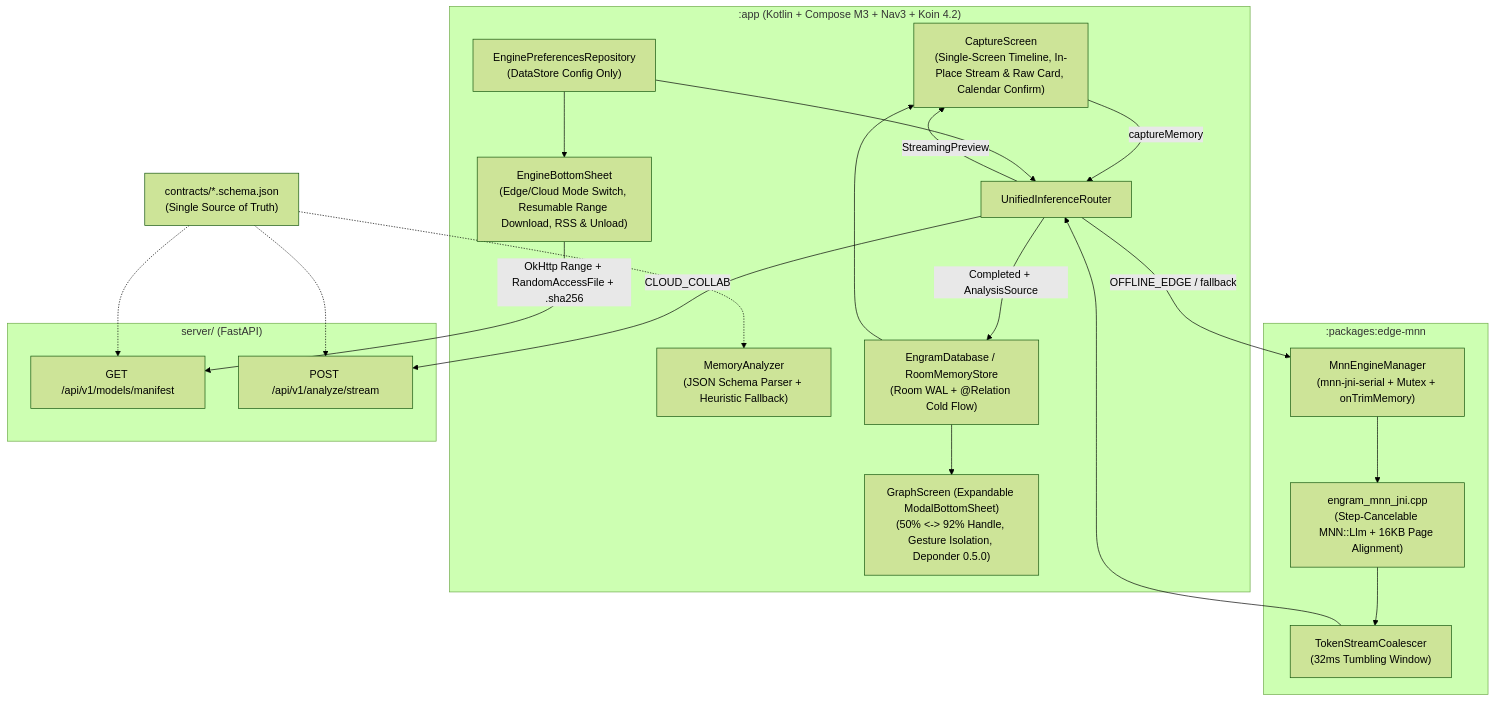
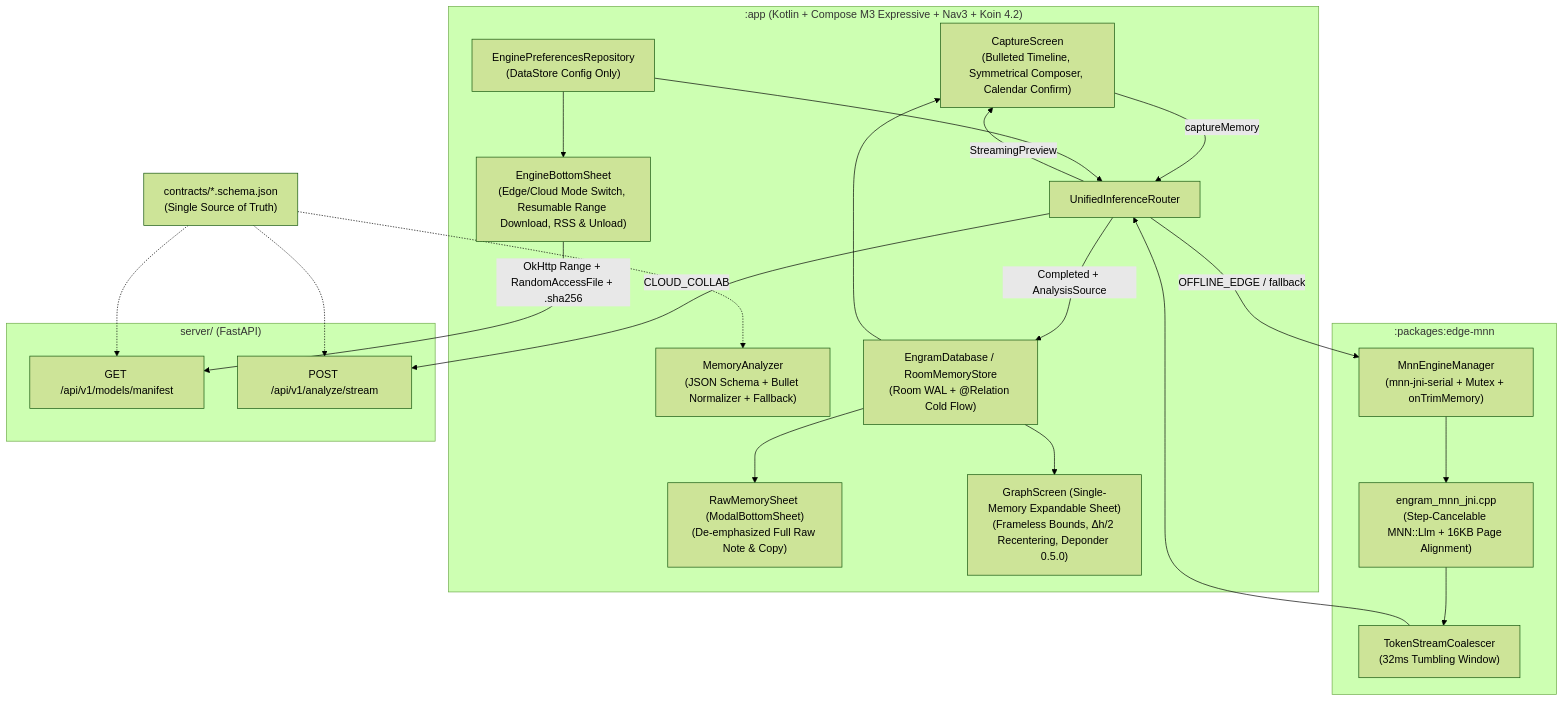
Before and after one commit to cinpeCan/Engram: the first of 2 diagrams in docs/architecture.md, drawn with Mermaid (forest theme). The commit also changed other lines of this file and 3 other files, not shown here.

Commit message:
docs: codify summary-first UX, inset discipline, and frameless GraphSheet invariants

````diff
--- a/docs/architecture.md
+++ b/docs/architecture.md
@@ -5,40 +5,42 @@
 ```mermaid
 flowchart TB
     Contracts["contracts/*.schema.json\n(Single Source of Truth)"]
 
-    subgraph AndroidApp[":app (Kotlin + Compose M3 + Nav3 + Koin 4.2)"]
-        Capture["CaptureScreen\n(Single-Screen Timeline, In-Place Stream & Raw Card, Calendar Confirm)"]
-        Graph["GraphScreen (Expandable ModalBottomSheet)\n(50% <-> 92% Handle, Gesture Isolation, Deponder 0.5.0)"]
+    subgraph AndroidApp[":app (Kotlin + Compose M3 Expressive + Nav3 + Koin 4.2)"]
+        Capture["CaptureScreen\n(Bulleted Timeline, Symmetrical Composer, Calendar Confirm)"]
+        RawSheet["RawMemorySheet (ModalBottomSheet)\n(De-emphasized Full Raw Note & Copy)"]
+        Graph["GraphScreen (Single-Memory Expandable Sheet)\n(Frameless Bounds, Δh/2 Recentering, Deponder 0.5.0)"]
         EngineSheet["EngineBottomSheet\n(Edge/Cloud Mode Switch, Resumable Range Download, RSS & Unload)"]
 
-        Analyzer["MemoryAnalyzer\n(JSON Schema Parser + Heuristic Fallback)"]
+        Analyzer["MemoryAnalyzer\n(JSON Schema + Bullet Normalizer + Fallback)"]
         Router["UnifiedInferenceRouter"]
 
         SQLite["EngramDatabase / RoomMemoryStore\n(Room WAL + @Relation Cold Flow)"]
         Prefs["EnginePreferencesRepository\n(DataStore Config Only)"]
     end
 
     subgraph EdgeRuntime[":packages:edge-mnn"]
         Manager["MnnEngineManager\n(mnn-jni-serial + Mutex + onTrimMemory)"]
         Coalescer["TokenStreamCoalescer\n(32ms Tumbling Window)"]
         JNI["engram_mnn_jni.cpp\n(Step-Cancelable MNN::Llm + 16KB Page Alignment)"]
     end
 
     subgraph Gateway["server/ (FastAPI)"]
         Manifest["GET /api/v1/models/manifest"]
         SSE["POST /api/v1/analyze/stream"]
     end
 
     Capture -->|captureMemory| Router
     Router -->|StreamingPreview| Capture
     Router -->|CLOUD_COLLAB| SSE
     Router -->|OFFLINE_EDGE / fallback| Manager
     Router -->|Completed + AnalysisSource| SQLite
     SQLite --> Capture
+    SQLite --> RawSheet
     SQLite --> Graph
     EngineSheet -->|OkHttp Range + RandomAccessFile + .sha256| Manifest
     Manager --> JNI
     JNI --> Coalescer --> Router
     Contracts -.-> Analyzer & Manifest & SSE
     Prefs --> Router & EngineSheet
 ```
````
